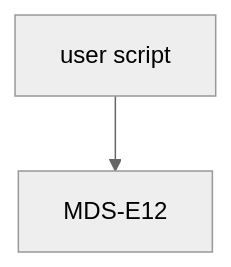
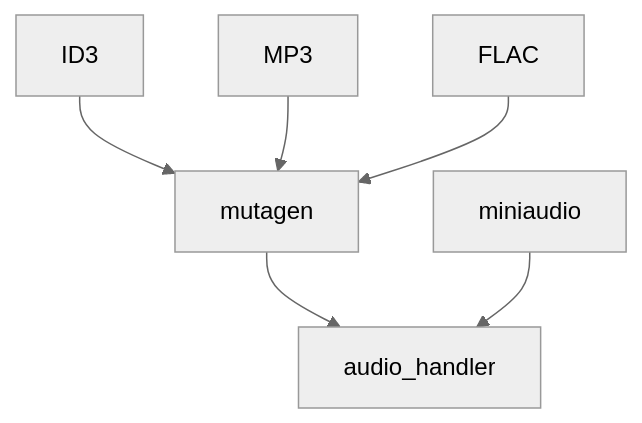
The diagram in README.md (henkjohan/MiniDisc), drawn with Mermaid (neutral theme) before and after one commit.

````diff
--- a/README.md
+++ b/README.md
@@ -6,5 +6,9 @@
 ```mermaid
 graph TD
-  A[user script] --> B[MDS-E12]
+  A[ID3] --> B[mutagen]
+  C[MP3] --> B
+  D[FLAC] --> B
+  B --> E[audio_handler]
+  F[miniaudio] --> E
 
 ```
````
